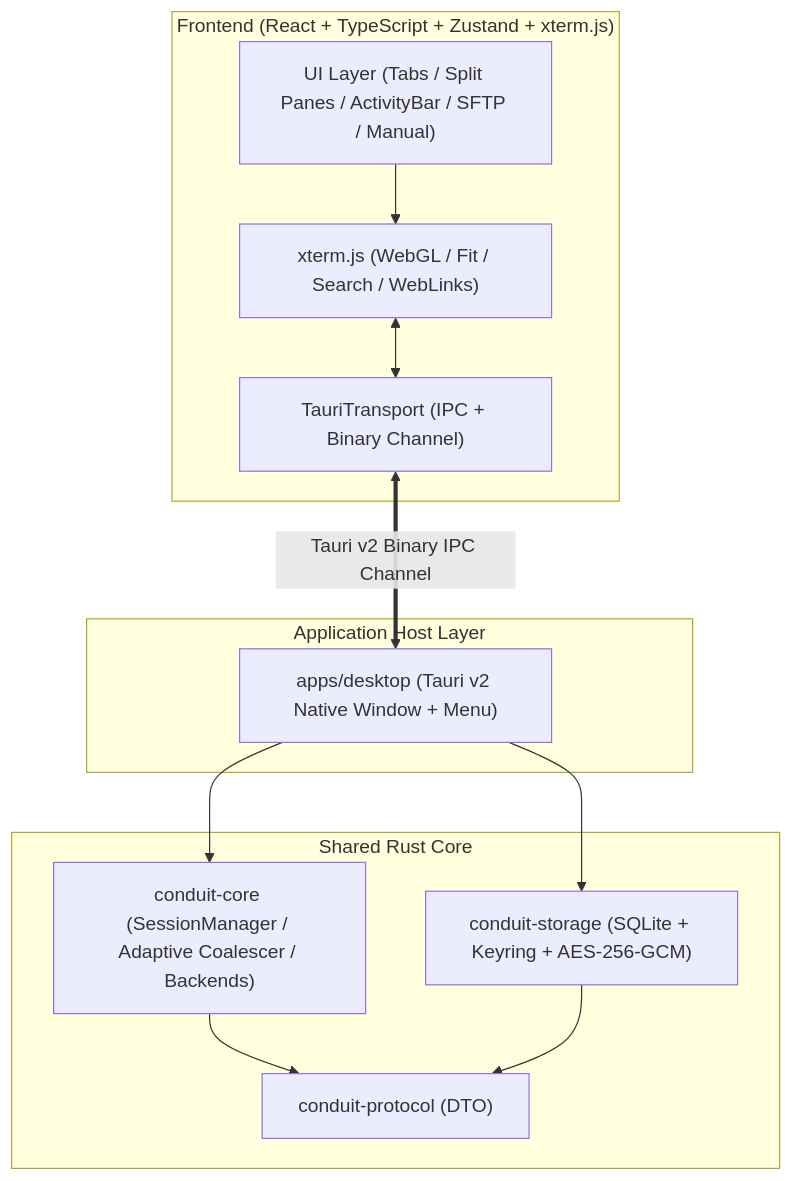
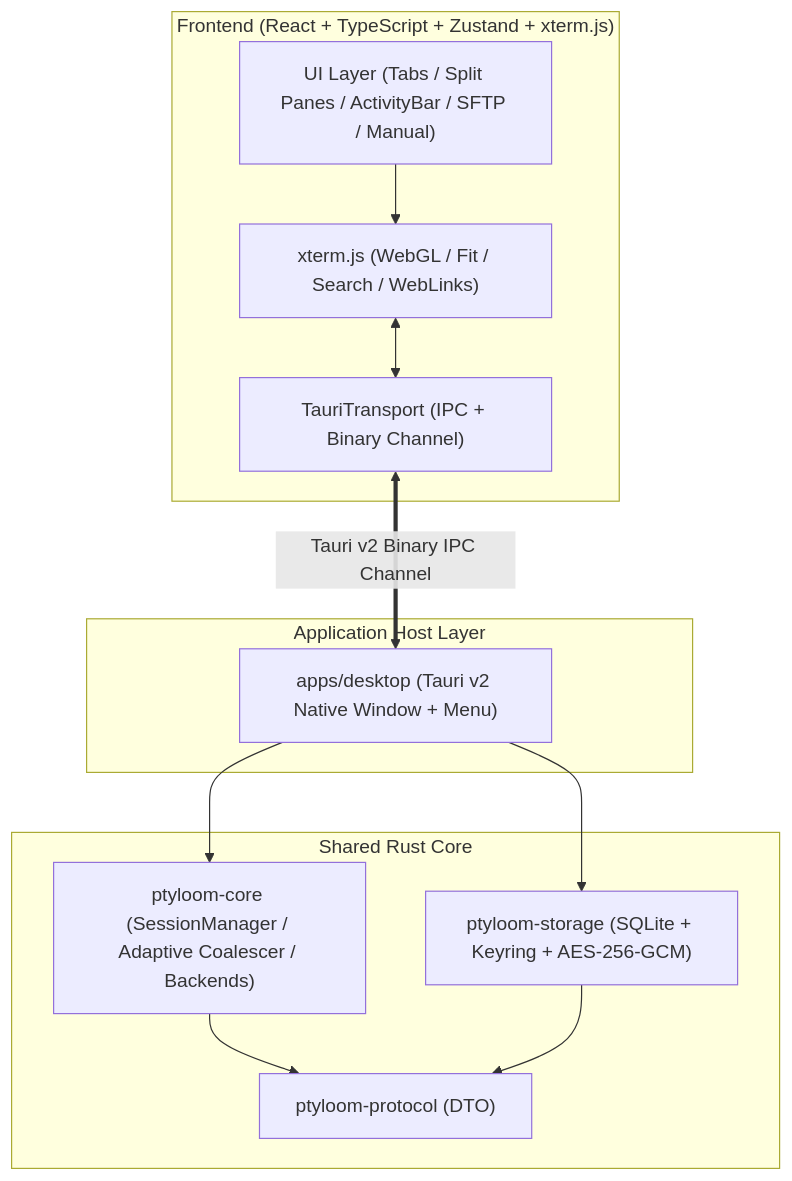
The diagram in README.md (Othkkartho/ConduitProject), drawn with Mermaid before and after one commit. The commit also changed other lines of this file and 7 other files, not shown here.

````diff
--- a/README.md
+++ b/README.md
@@ -31,27 +31,27 @@
 ```mermaid
 flowchart TB
     subgraph Frontend["Frontend (React + TypeScript + Zustand + xterm.js)"]
         UI["UI Layer (Tabs / Split Panes / ActivityBar / SFTP / Manual)"]
         Xterm["xterm.js (WebGL / Fit / Search / WebLinks)"]
         Transport["TauriTransport (IPC + Binary Channel)"]
 
         UI --> Xterm
         Xterm <--> Transport
     end
 
     subgraph Desktop["Application Host Layer"]
         TauriHost["apps/desktop (Tauri v2 Native Window + Menu)"]
     end
 
     subgraph Workspace["Shared Rust Core"]
-        Protocol["conduit-protocol (DTO)"]
-        Core["conduit-core (SessionManager / Adaptive Coalescer / Backends)"]
-        Storage["conduit-storage (SQLite + Keyring + AES-256-GCM)"]
+        Protocol["ptyloom-protocol (DTO)"]
+        Core["ptyloom-core (SessionManager / Adaptive Coalescer / Backends)"]
+        Storage["ptyloom-storage (SQLite + Keyring + AES-256-GCM)"]
     end
 
     Transport <==>|"Tauri v2 Binary IPC Channel"| TauriHost
     TauriHost --> Core
     TauriHost --> Storage
     Core --> Protocol
     Storage --> Protocol
 ```
````
